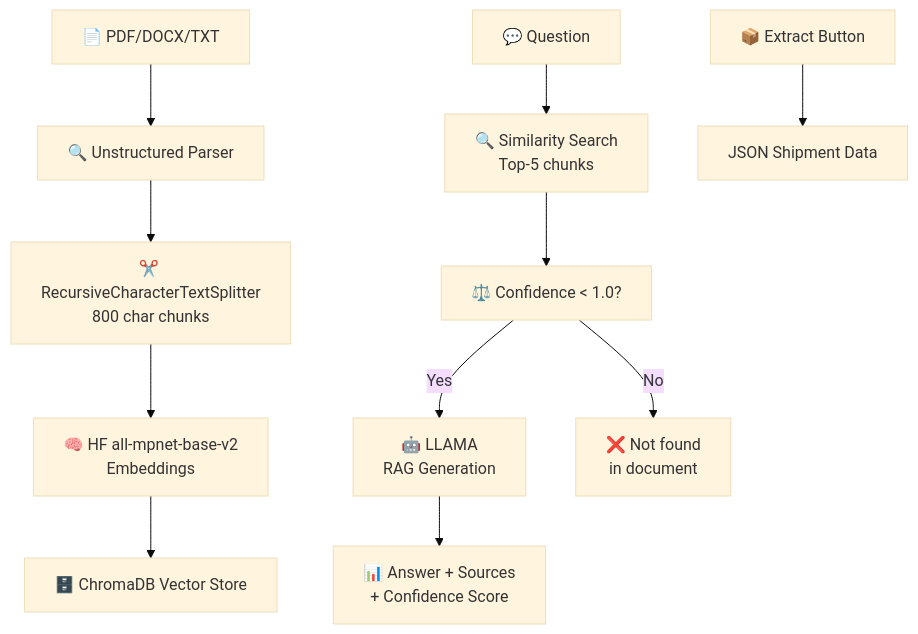
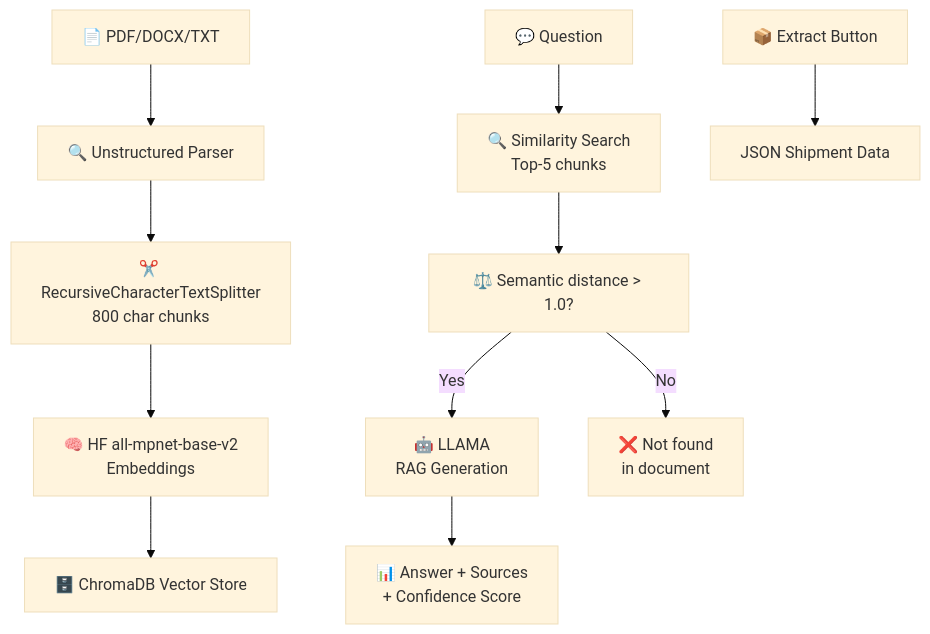
The diagram in README.md (ADITYA964/Ultra-Doc-Intelligence-POC), drawn with Mermaid (base theme) before and after one commit. The commit also changed other lines of this file, not shown here.

````diff
--- a/README.md
+++ b/README.md
@@ -24,15 +24,15 @@
 ```mermaid
 graph TD
     A[📄 PDF/DOCX/TXT] --> B[🔍 Unstructured Parser]
     B --> C[✂️ RecursiveCharacterTextSplitter<br/>800 char chunks]
     C --> D[🧠 HF all-mpnet-base-v2<br/>Embeddings]
     D --> E[🗄️ ChromaDB Vector Store]
     
     F[💬 Question] --> G[🔍 Similarity Search<br/>Top-5 chunks]
-    G --> H[⚖️ Confidence < 1.0?]
+    G --> H[⚖️ Semantic distance > 1.0?]
     H -->|Yes| I[🤖 LLAMA <br/>RAG Generation]
     H -->|No| J[❌ Not found<br/>in document]
     I --> K[📊 Answer + Sources<br/>+ Confidence Score]
     
     L[📦 Extract Button] --> M[JSON Shipment Data]
 ```
````
